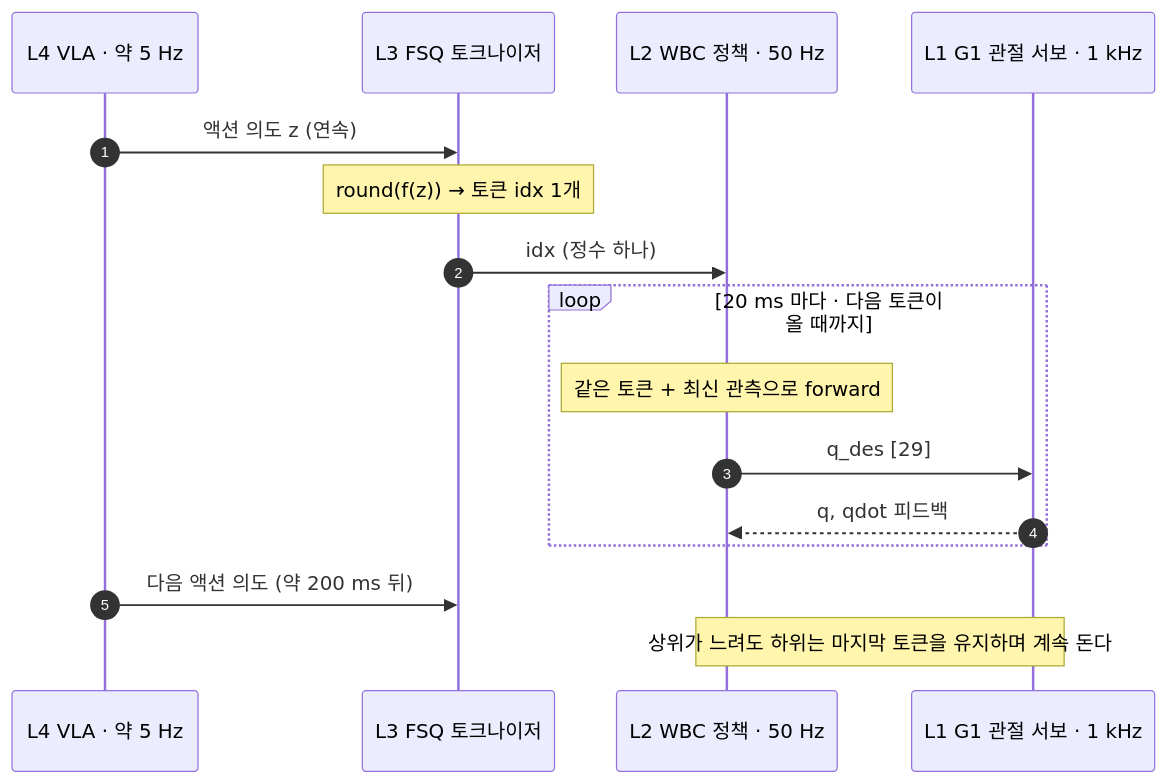
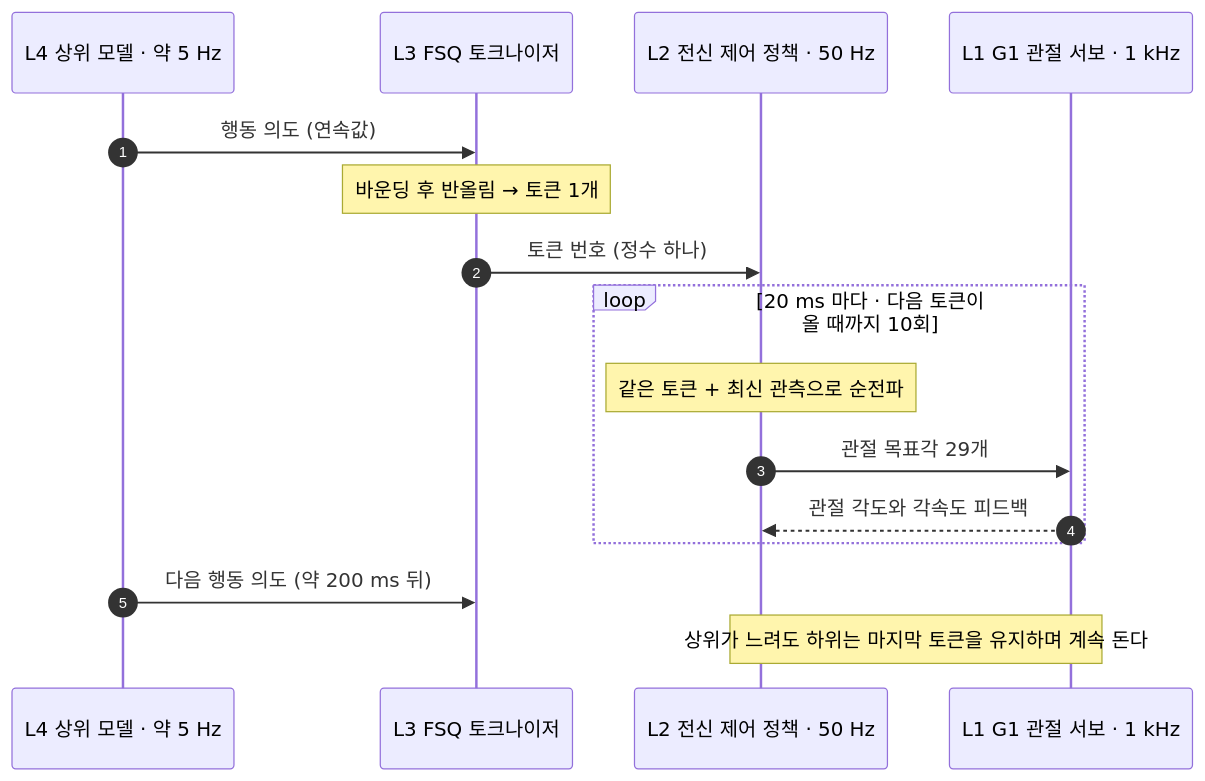
Before and after one commit to sguys99/physical-ai-study: the fourth of 5 diagrams in course/w1-generative-core/05-latent-discrete-fsq/lesson.md, drawn with Mermaid. The commit also changed other lines of this file and 12 other files, not shown here.

````diff
--- a/course/w1-generative-core/05-latent-discrete-fsq/lesson.md
+++ b/course/w1-generative-core/05-latent-discrete-fsq/lesson.md
@@ -456,18 +643,18 @@
 ```mermaid
 sequenceDiagram
     autonumber
-    participant L4 as L4 VLA · 약 5 Hz
+    participant L4 as L4 상위 모델 · 약 5 Hz
     participant FSQ as L3 FSQ 토크나이저
-    participant L2 as L2 WBC 정책 · 50 Hz
+    participant L2 as L2 전신 제어 정책 · 50 Hz
     participant L1 as L1 G1 관절 서보 · 1 kHz
-    L4->>FSQ: 액션 의도 z (연속)
-    Note over FSQ: round(f(z)) → 토큰 idx 1개
-    FSQ->>L2: idx (정수 하나)
-    loop 20 ms 마다 · 다음 토큰이 올 때까지
-        Note over L2: 같은 토큰 + 최신 관측으로 forward
-        L2->>L1: q_des [29]
-        L1-->>L2: q, qdot 피드백
+    L4->>FSQ: 행동 의도 (연속값)
+    Note over FSQ: 바운딩 후 반올림 → 토큰 1개
+    FSQ->>L2: 토큰 번호 (정수 하나)
+    loop 20 ms 마다 · 다음 토큰이 올 때까지 10회
+        Note over L2: 같은 토큰 + 최신 관측으로 순전파
+        L2->>L1: 관절 목표각 29개
+        L1-->>L2: 관절 각도와 각속도 피드백
     end
-    L4->>FSQ: 다음 액션 의도 (약 200 ms 뒤)
+    L4->>FSQ: 다음 행동 의도 (약 200 ms 뒤)
     Note over L2,L1: 상위가 느려도 하위는 마지막 토큰을 유지하며 계속 돈다
 ```
````
